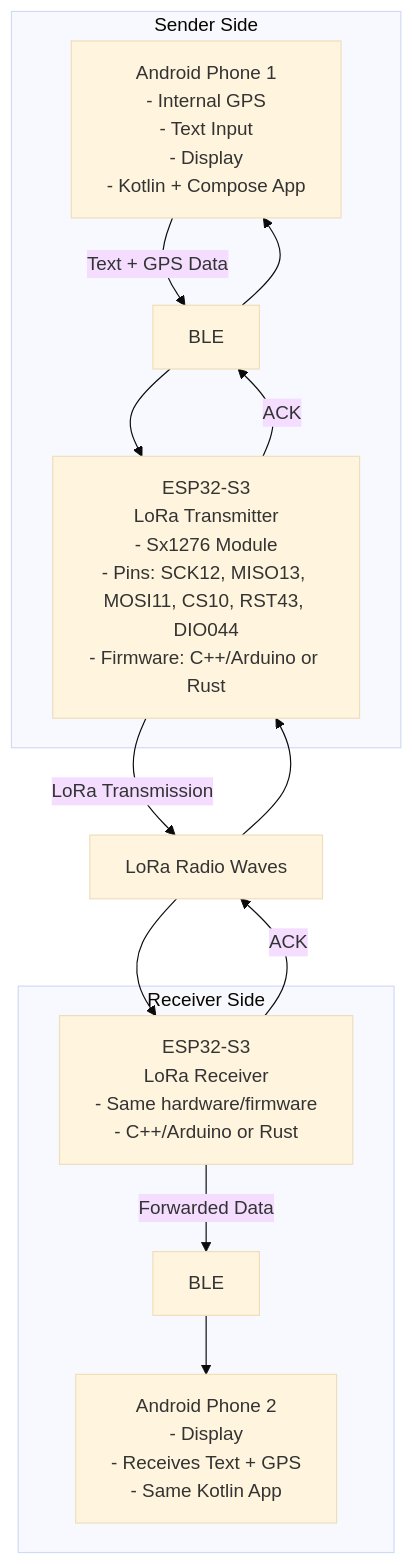
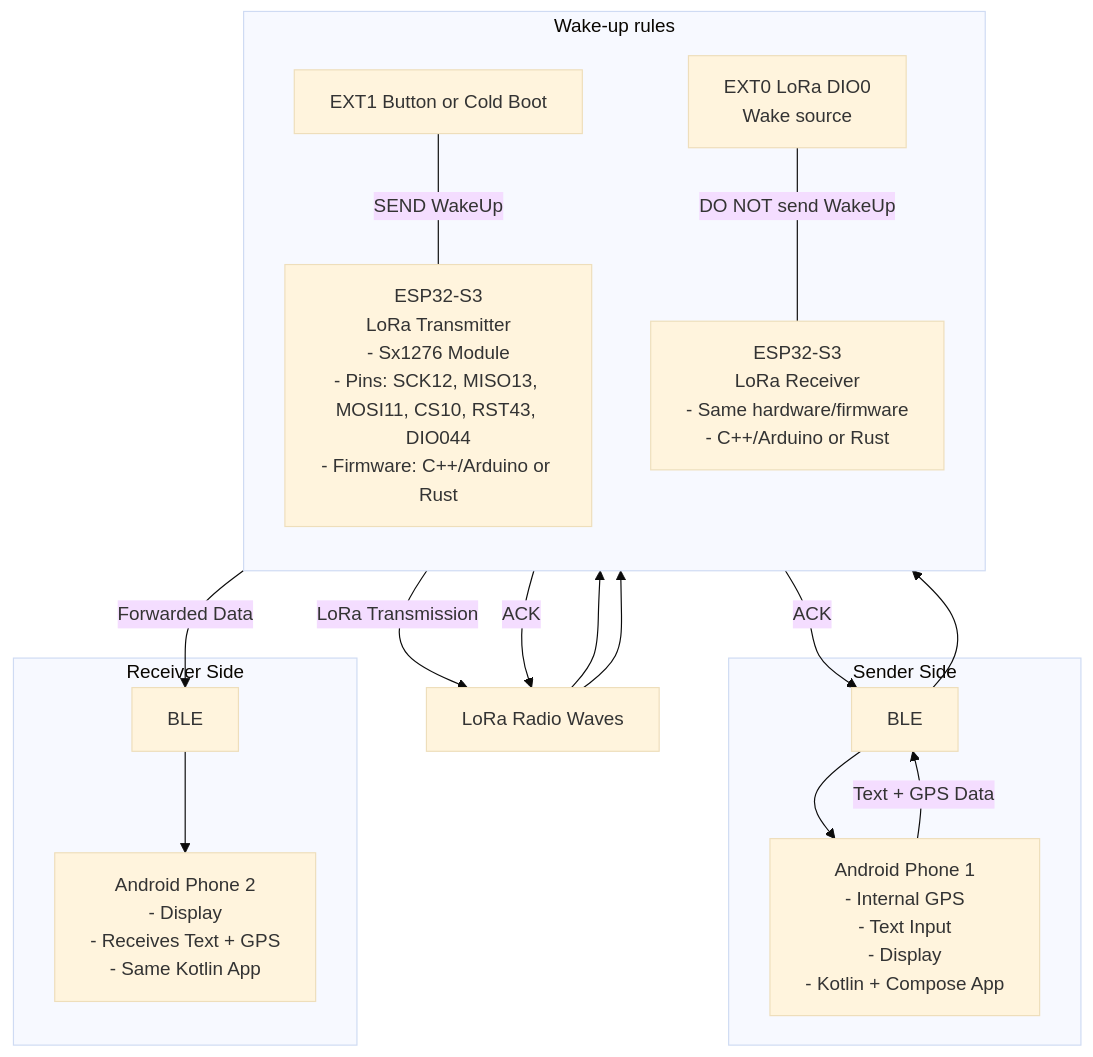
The first of 3 diagrams in README.md (psytraxx/android-lora-ble-bridge), drawn with Mermaid (base theme) before and after one commit. The commit also changed other lines of this file and 17 other files, not shown here.

````diff
--- a/README.md
+++ b/README.md
@@ -20,26 +20,32 @@
 ```mermaid
 graph TD
     A[Android Phone 1<br/>- Internal GPS<br/>- Text Input<br/>- Display<br/>- Kotlin + Compose App] -->|Text + GPS Data| B[BLE]
   B --> C[ESP32-S3<br/>LoRa Transmitter<br/>- Sx1276 Module<br/>- Pins: SCK12, MISO13, MOSI11, CS10, RST43, DIO044<br/>- Firmware: C++/Arduino or Rust]
     C -->|LoRa Transmission| D[LoRa Radio Waves]
   D -->     E[ESP32-S3<br/>LoRa Receiver<br/>- Same hardware/firmware<br/>- C++/Arduino or Rust]
     E -->|Forwarded Data| F[BLE]
     F --> G[Android Phone 2<br/>- Display<br/>- Receives Text + GPS<br/>- Same Kotlin App]
     
     E -->|ACK| D
     D --> C
     C -->|ACK| B
     B --> A
+    %% Wake-up behaviour note: EXT0 (LoRa) wakes device but should NOT trigger WakeUp reply; Button or cold boot SHOULD send WakeUp
+    subgraph WakeUpRules[Wake-up rules]
+      direction TB
+      W1[EXT0 LoRa DIO0 \nWake source] ---|DO NOT send WakeUp| E
+      W2[EXT1 Button or Cold Boot] ---|SEND WakeUp| C
+    end
     
     subgraph "Sender Side"
         A
         B
         C
     end
     
     subgraph "Receiver Side"
         E
         F
         G
     end
 ```
````
